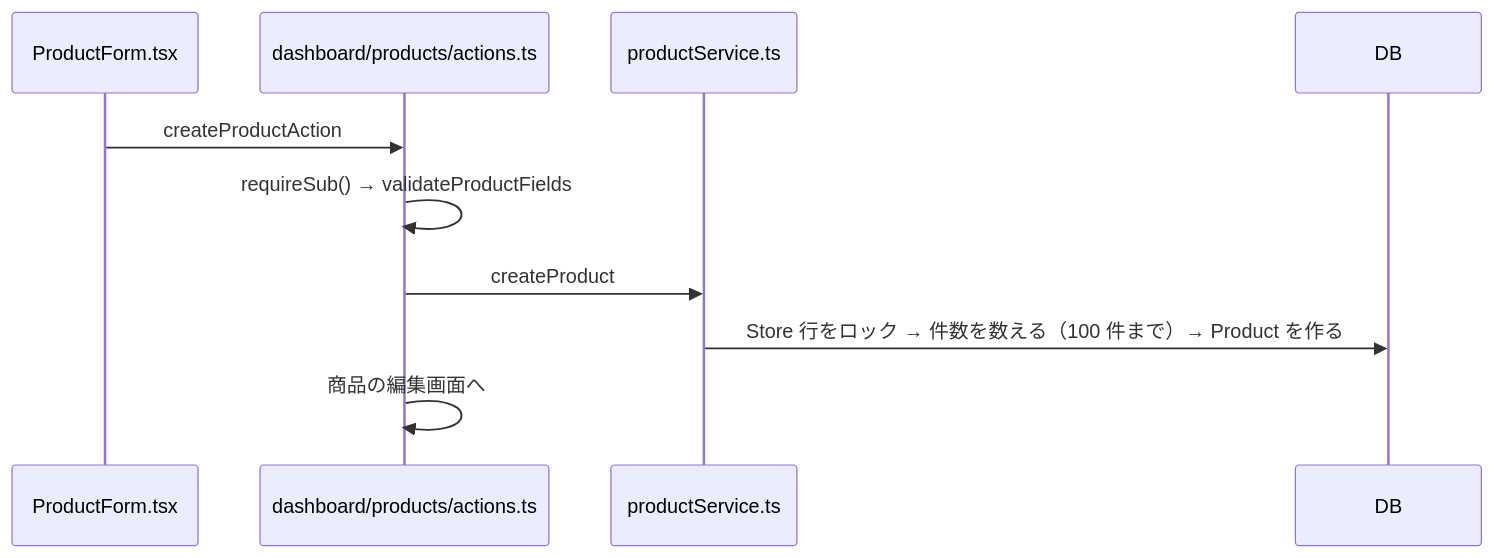
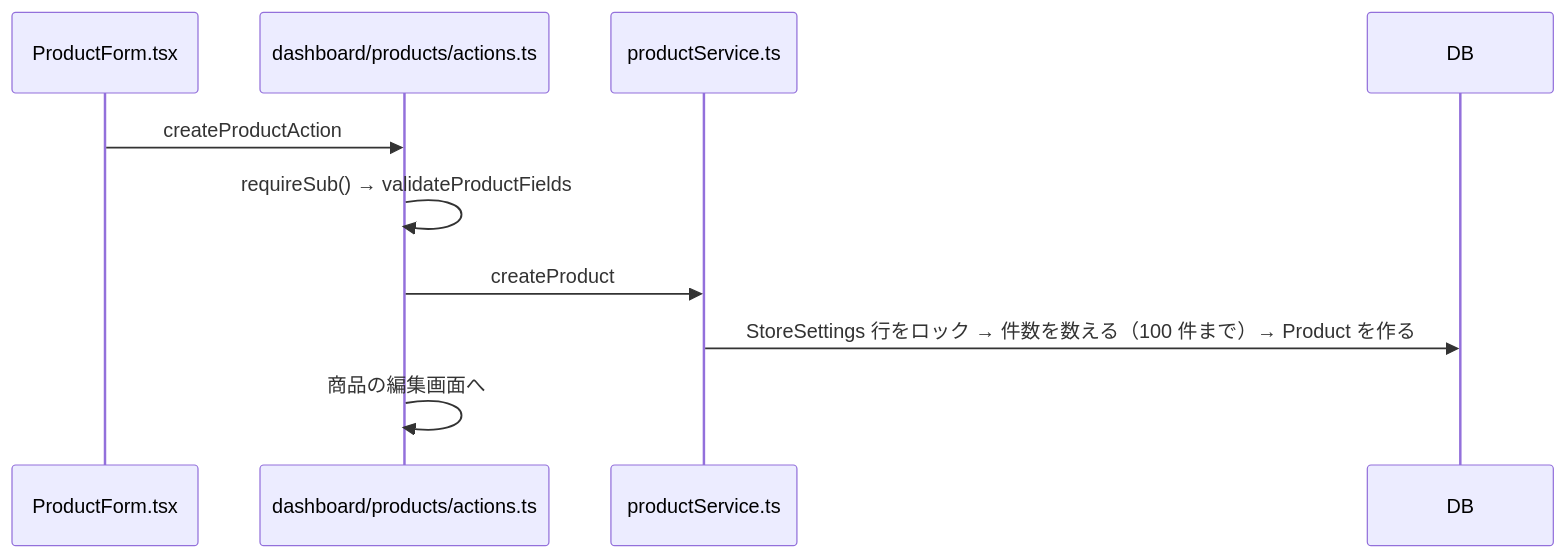
One commit to Sparklingstadt/candy-rain-stores changed the fourth of 8 diagrams in docs/feature-guide.md. Above: the diagram before and after it, drawn with Mermaid. The commit also changed other lines of this file and 47 other files, not shown here.

````diff
--- a/docs/feature-guide.md
+++ b/docs/feature-guide.md
@@ -162,12 +165,12 @@
 ```mermaid
 sequenceDiagram
   participant 画面 as ProductForm.tsx
   participant 受付 as dashboard/products/actions.ts
   participant サービス as productService.ts
   participant DB
   画面->>受付: createProductAction
   受付->>受付: requireSub() → validateProductFields
   受付->>サービス: createProduct
-  サービス->>DB: Store 行をロック → 件数を数える（100 件まで）→ Product を作る
+  サービス->>DB: StoreSettings 行をロック → 件数を数える（100 件まで）→ Product を作る
   受付->>受付: 商品の編集画面へ
 ```
````
